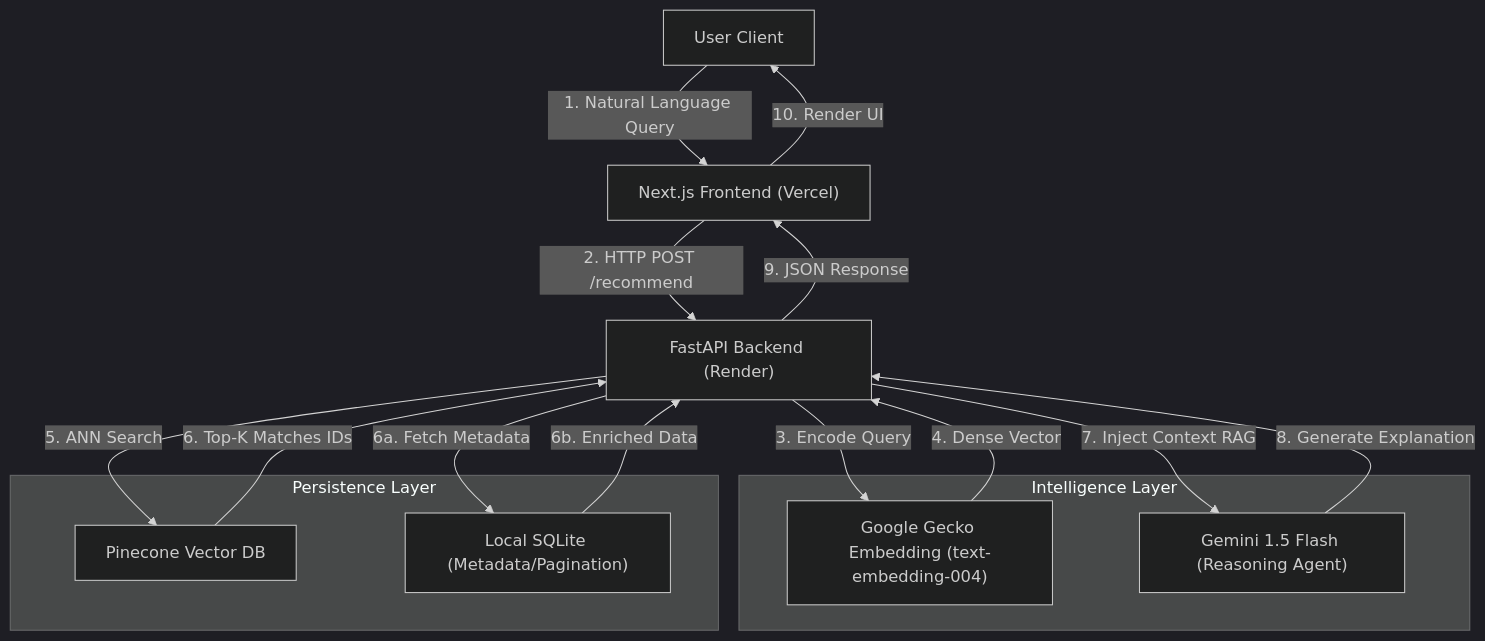
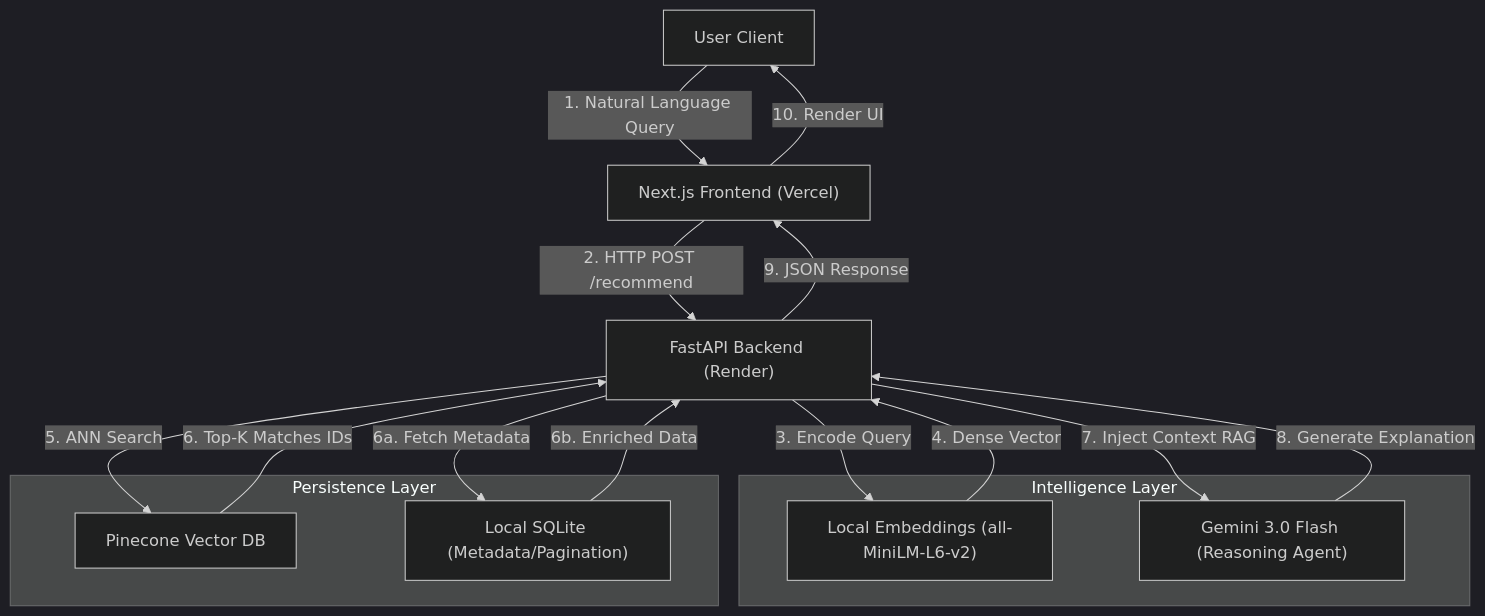
The diagram in README.md (Agrannya-Singh/Semantic-Recommendation-Service), drawn with Mermaid (dark theme) before and after one commit. The commit also changed other lines of this file and 4 other files, not shown here.

````diff
--- a/README.md
+++ b/README.md
@@ -23,35 +23,35 @@
 ```mermaid
 graph TD
     %% Nodes
     User["User Client"]
     FE["Next.js Frontend (Vercel)"]
     API["FastAPI Backend (Render)"]
    
     subgraph Intelligence Layer
-        Embed["Google Gecko Embedding (text-embedding-004)"]
-        LLM["Gemini 1.5 Flash (Reasoning Agent)"]
+        Embed["Local Embeddings (all-MiniLM-L6-v2)"]
+        LLM["Gemini 3.0 Flash (Reasoning Agent)"]
     end
    
     subgraph Persistence Layer
         VectorDB["Pinecone Vector DB"]
         SQLite["Local SQLite (Metadata/Pagination)"]
     end
     %% Edge Connections
     User -->|1. Natural Language Query| FE
     FE -->|2. HTTP POST /recommend| API
    
     API -->|3. Encode Query| Embed
     Embed -->|4. Dense Vector | API
    
     API -->|5. ANN Search| VectorDB
     VectorDB -->|6. Top-K Matches IDs| API
    
     API -->|6a. Fetch Metadata| SQLite
     SQLite -->|6b. Enriched Data| API
    
     API -->|7. Inject Context RAG| LLM
     LLM -->|8. Generate Explanation| API
    
     API -->|9. JSON Response| FE
     FE -->|10. Render UI| User
 ```
````
